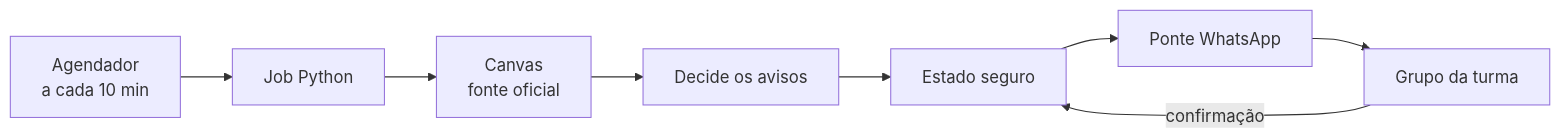
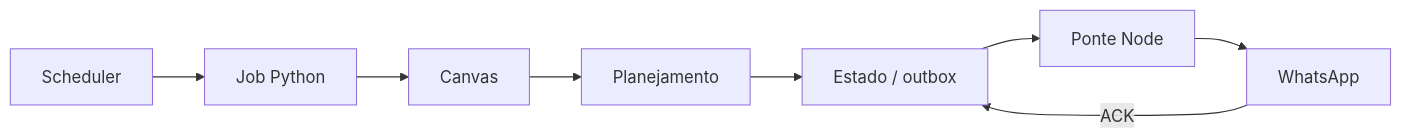
Before and after one commit to zC4sTr0/puc-bot-suricata-whatsapp: the diagram in docs/arquitetura.md, drawn with Mermaid. The commit also changed other lines of this file and 11 other files, not shown here.

````diff
--- a/docs/arquitetura.md
+++ b/docs/arquitetura.md
@@ -13,10 +5,10 @@
 ```mermaid
 flowchart LR
-    A[Agendador<br/>a cada 10 min] --> B[Job Python]
-    B --> C[Canvas<br/>fonte oficial]
-    C --> D[Decide os avisos]
-    D --> E[Estado seguro]
-    E --> F[Ponte WhatsApp]
-    F --> G[Grupo da turma]
-    G -->|confirmação| E
+    A[Scheduler] --> B[Job Python]
+    B --> C[Canvas]
+    C --> D[Planejamento]
+    D --> E[Estado / outbox]
+    E --> F[Ponte Node]
+    F --> G[WhatsApp]
+    G -->|ACK| E
 ```
````
